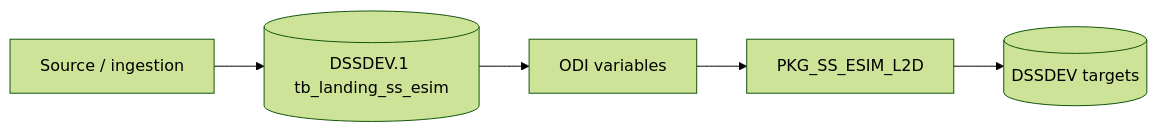
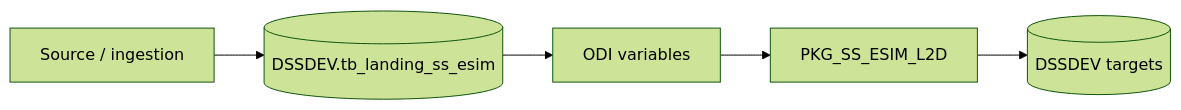
One commit to iamboy120123/Migrate_ODI_Team2 changed the diagram in projects/SS_ESIM/jobs/ss_esim_landing_to_discovery/.design/diagrams/to_be.mmd. Above: the diagram before and after it, drawn with Mermaid (forest theme). The commit also changed 10 other files, not shown here.

Commit message:
SS_ESIM_L2D: fix landing name, intake Q1-Q12, GAP-01..04, preflight 5/5

```diff
--- a/projects/SS_ESIM/jobs/ss_esim_landing_to_discovery/.design/diagrams/to_be.mmd
+++ b/projects/SS_ESIM/jobs/ss_esim_landing_to_discovery/.design/diagrams/to_be.mmd
@@ -1,5 +1,5 @@
 flowchart LR
-  SRC[Source / ingestion] --> LND[(DSSDEV.1 tb_landing_ss_esim)]
+  SRC[Source / ingestion] --> LND[(DSSDEV.tb_landing_ss_esim)]
   LND --> VAR[ODI variables]
   VAR --> PKG[PKG_SS_ESIM_L2D]
   PKG --> TGT[(DSSDEV targets)]
```
